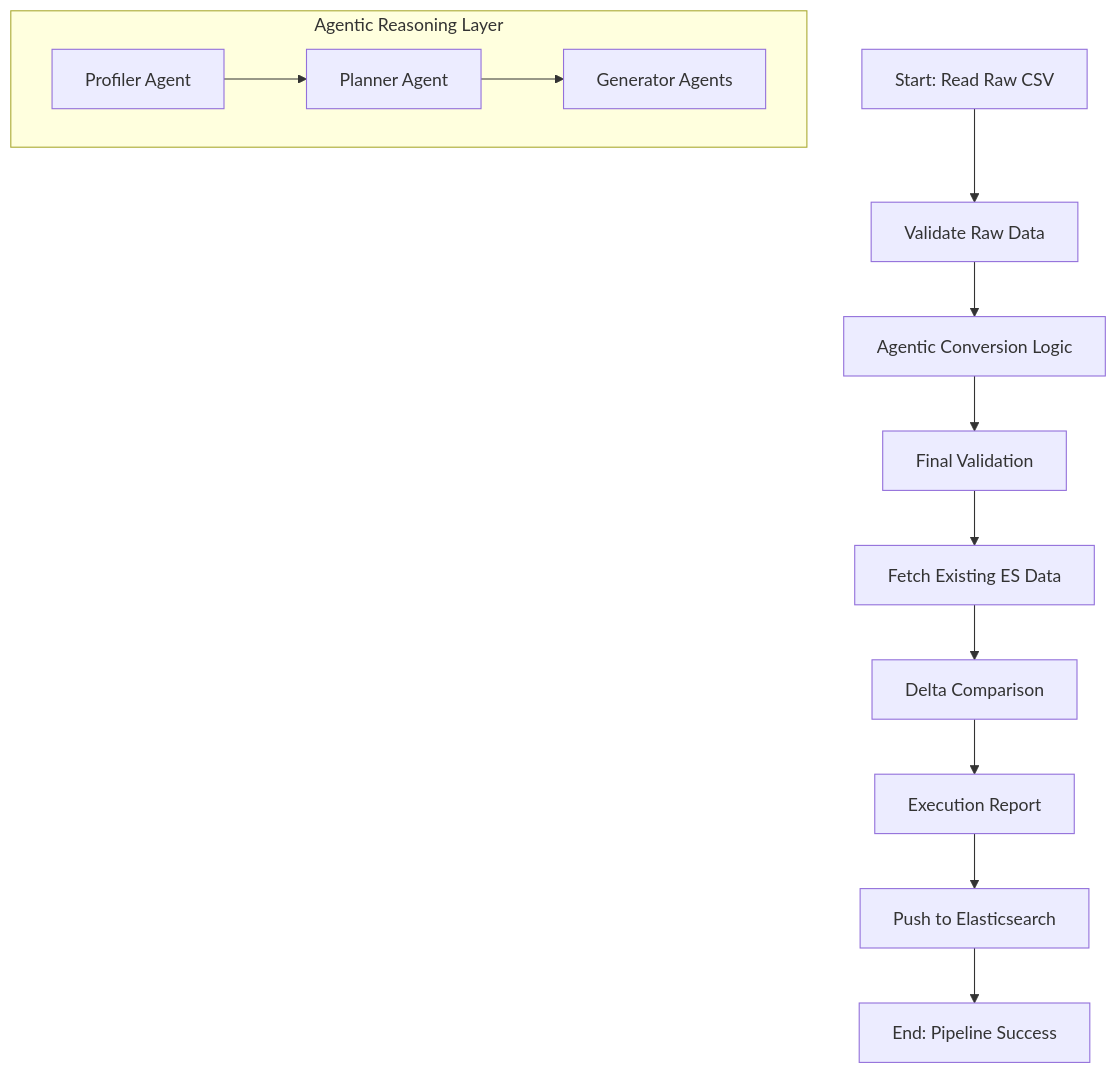
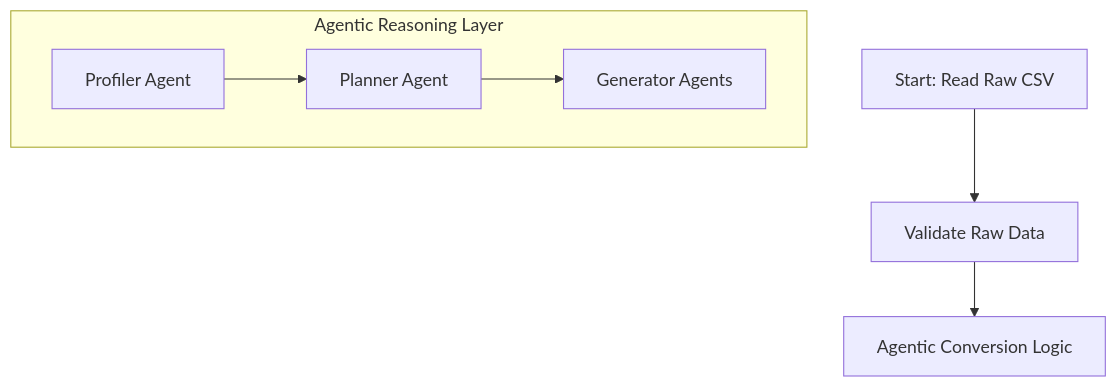
Before and after one commit to sagnik0712mukherjee/agentic-elasticsearch-pipeline: the diagram in README.md, drawn with Mermaid.

Commit message:
Updted readme arch

````diff
--- a/README.md
+++ b/README.md
@@ -30,15 +30,9 @@
 ```mermaid
 graph TD
     S1[Start: Read Raw CSV] --> S2[Validate Raw Data]
     S2 --> S3[Agentic Conversion Logic]
     subgraph "Agentic Reasoning Layer"
         S3-1[Profiler Agent] --> S3-2[Planner Agent]
         S3-2 --> S3-3[Generator Agents]
     end
-    S3 --> S4[Final Validation]
-    S4 --> S5[Fetch Existing ES Data]
-    S5 --> S6[Delta Comparison]
-    S6 --> S7[Execution Report]
-    S7 --> S8[Push to Elasticsearch]
-    S8 --> End[End: Pipeline Success]
 ```
````
